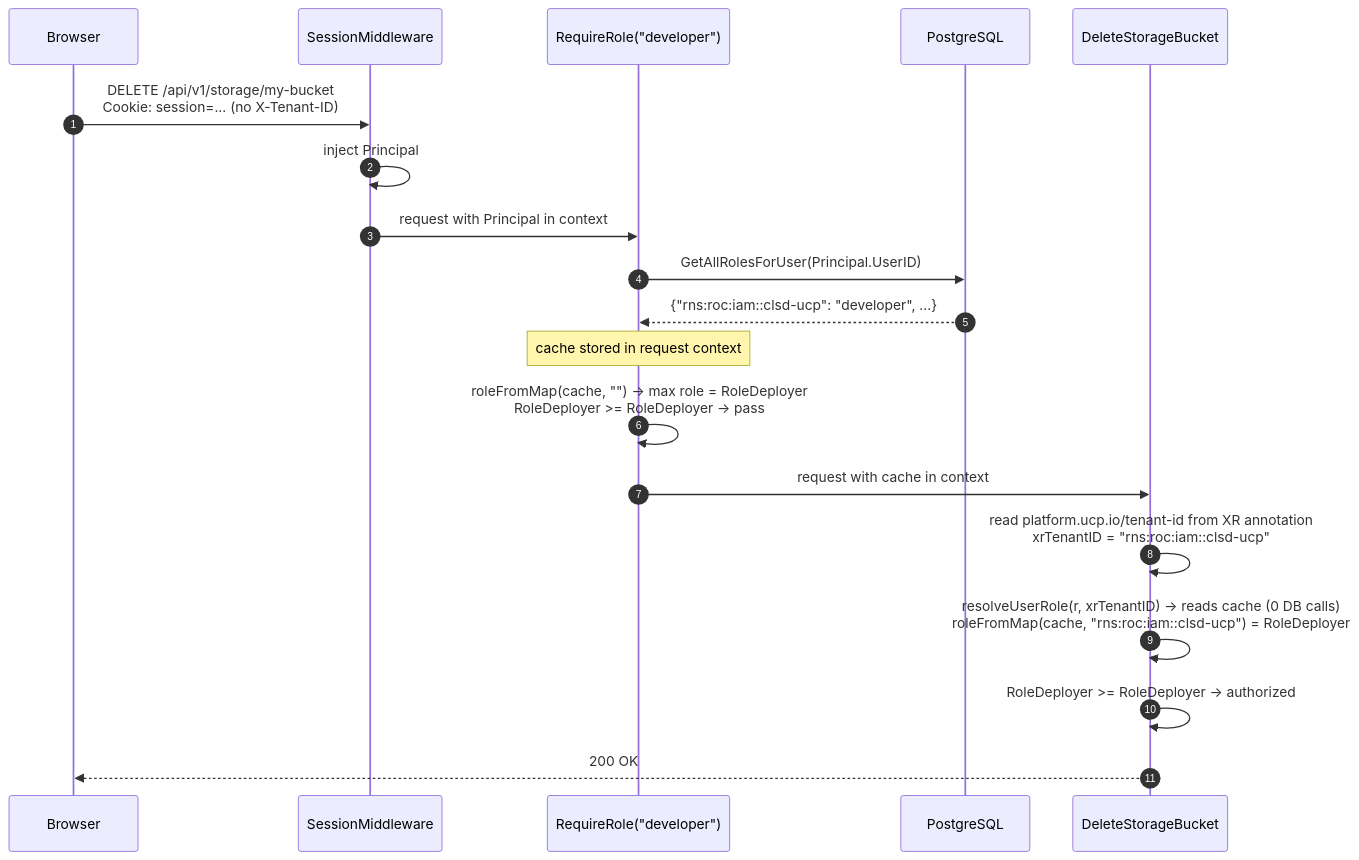
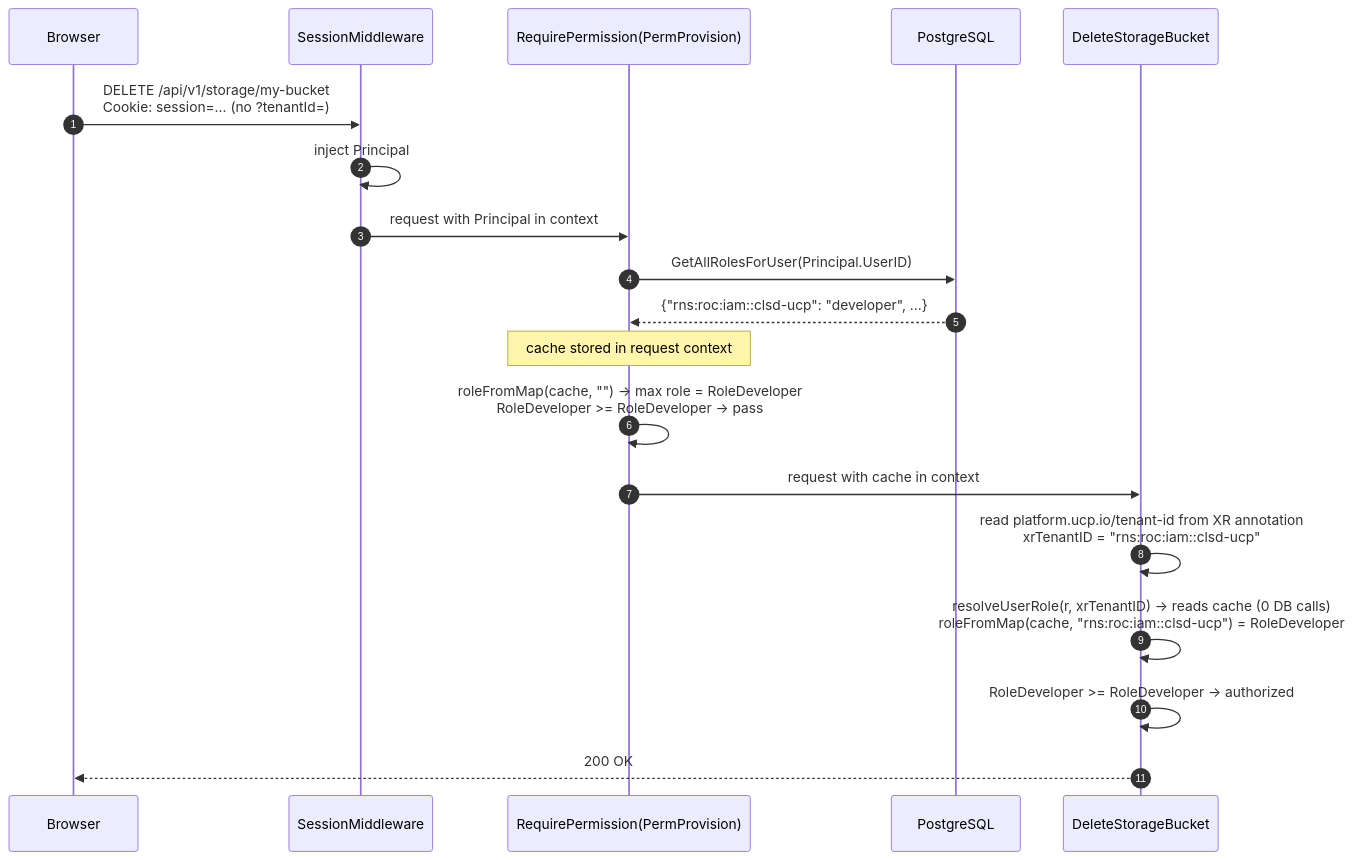
The fourth of 5 diagrams in docs/projects/universal-control-plane-ucp/pocs/rbac/implementation.md (aripermana-putra/ucp-docs-collection), drawn with Mermaid before and after one commit. The commit also changed other lines of this file and 2 other files, not shown here.

````diff
--- a/docs/projects/universal-control-plane-ucp/pocs/rbac/implementation.md
+++ b/docs/projects/universal-control-plane-ucp/pocs/rbac/implementation.md
@@ -400,26 +401,26 @@
 ```mermaid
 sequenceDiagram
     autonumber
 
     participant Browser
     participant Session as SessionMiddleware
-    participant Middleware as RequireRole("developer")
+    participant Middleware as RequirePermission(PermProvision)
     participant DB as PostgreSQL
     participant Handler as DeleteStorageBucket
 
-    Browser->>Session: DELETE /api/v1/storage/my-bucket<br/>Cookie: session=... (no X-Tenant-ID)
+    Browser->>Session: DELETE /api/v1/storage/my-bucket<br/>Cookie: session=... (no ?tenantId=)
     Session->>Session: inject Principal
     Session->>Middleware: request with Principal in context
 
     Middleware->>DB: GetAllRolesForUser(Principal.UserID)
     DB-->>Middleware: {"rns:roc:iam::clsd-ucp": "developer", ...}
     Note over Middleware: cache stored in request context
 
-    Middleware->>Middleware: roleFromMap(cache, "") → max role = RoleDeployer<br/>RoleDeployer >= RoleDeployer → pass
+    Middleware->>Middleware: roleFromMap(cache, "") → max role = RoleDeveloper<br/>RoleDeveloper >= RoleDeveloper → pass
 
     Middleware->>Handler: request with cache in context
     Handler->>Handler: read platform.ucp.io/tenant-id from XR annotation<br/>xrTenantID = "rns:roc:iam::clsd-ucp"
-    Handler->>Handler: resolveUserRole(r, xrTenantID) → reads cache (0 DB calls)<br/>roleFromMap(cache, "rns:roc:iam::clsd-ucp") = RoleDeployer
-    Handler->>Handler: RoleDeployer >= RoleDeployer → authorized
+    Handler->>Handler: resolveUserRole(r, xrTenantID) → reads cache (0 DB calls)<br/>roleFromMap(cache, "rns:roc:iam::clsd-ucp") = RoleDeveloper
+    Handler->>Handler: RoleDeveloper >= RoleDeveloper → authorized
     Handler-->>Browser: 200 OK
 ```
````
